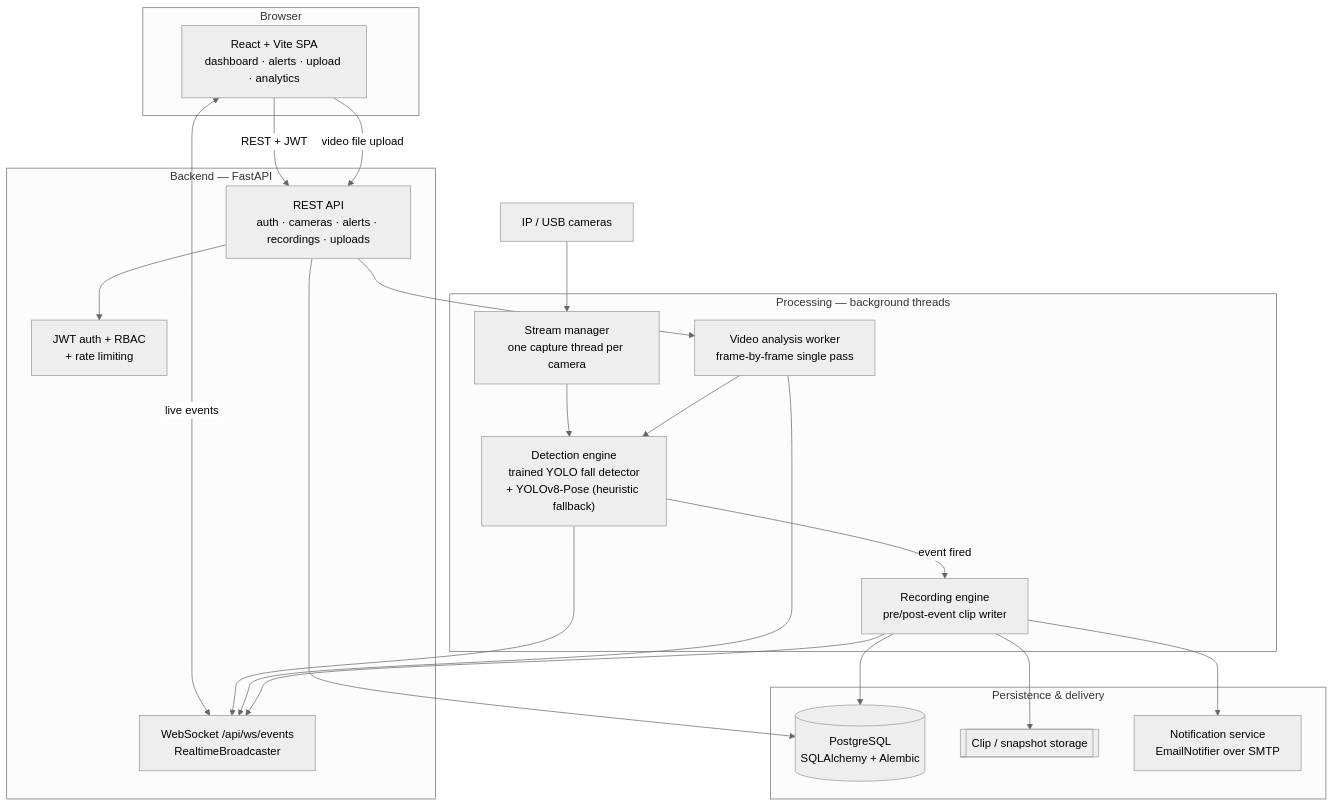
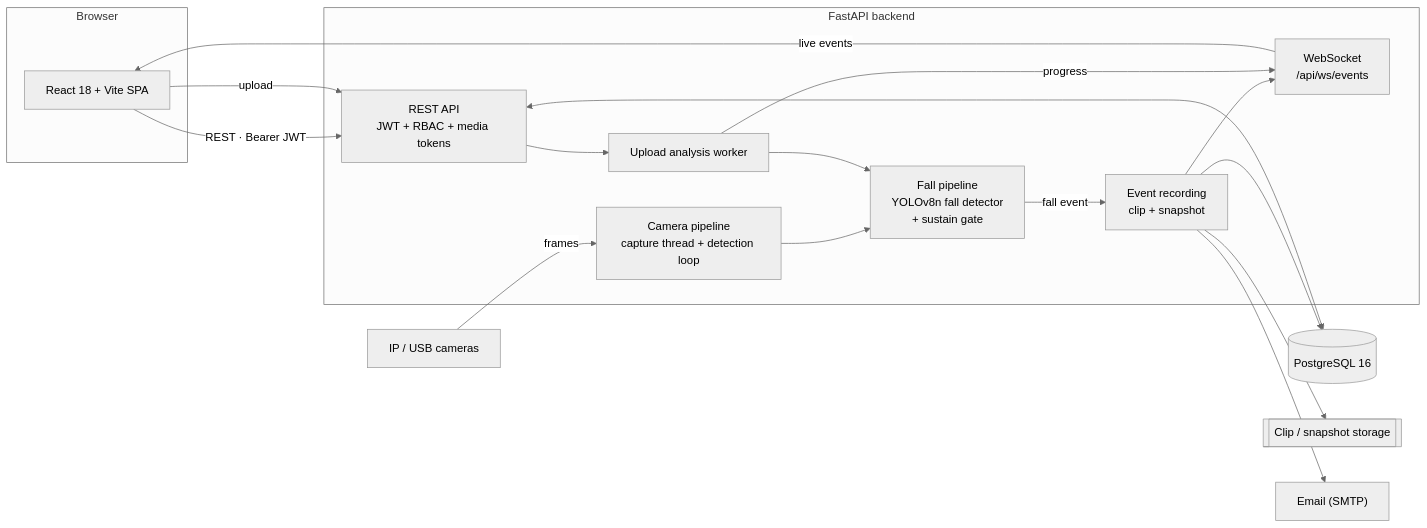
One commit to longlivewama/SentinelCam changed the first of 2 diagrams in README.md. Above: the diagram before and after it, drawn with Mermaid (neutral theme). The commit also changed other lines of this file and 31 other files, not shown here.

````diff
--- a/README.md
+++ b/README.md
@@ -131,42 +147,30 @@
 ```mermaid
-flowchart TB
-    subgraph client["Browser"]
-        UI["React + Vite SPA<br/>dashboard · alerts · upload · analytics"]
+flowchart LR
+    subgraph Browser
+        SPA["React 18 + Vite SPA"]
     end
 
-    subgraph api["Backend — FastAPI"]
-        REST["REST API<br/>auth · cameras · alerts · recordings · uploads"]
-        WS["WebSocket /api/ws/events<br/>RealtimeBroadcaster"]
-        RBAC["JWT auth + RBAC<br/>+ rate limiting"]
+    subgraph Backend["FastAPI backend"]
+        REST["REST API<br/>JWT + RBAC + media tokens"]
+        WS["WebSocket<br/>/api/ws/events"]
+        CAMP["Camera pipeline<br/>capture thread + detection loop"]
+        UPW["Upload analysis worker"]
+        FALL["Fall pipeline<br/>YOLOv8n fall detector<br/>+ sustain gate"]
+        REC["Event recording<br/>clip + snapshot"]
     end
 
-    subgraph workers["Processing — background threads"]
-        STREAM["Stream manager<br/>one capture thread per camera"]
-        UPLOAD["Video analysis worker<br/>frame-by-frame single pass"]
-        DET["Detection engine<br/>trained YOLO fall detector<br/>+ YOLOv8-Pose (heuristic fallback)"]
-        REC["Recording engine<br/>pre/post-event clip writer"]
-    end
-
-    subgraph data["Persistence & delivery"]
-        DB[("PostgreSQL<br/>SQLAlchemy + Alembic")]
-        FS[["Clip / snapshot storage"]]
-        MAIL["Notification service<br/>EmailNotifier over SMTP"]
-    end
-
-    CAM["IP / USB cameras"] --> STREAM
-    UI -->|"REST + JWT"| REST
-    UI <-->|"live events"| WS
-    UI -->|"video file upload"| REST
-    REST --> RBAC
-    REST --> UPLOAD
-    STREAM --> DET
-    UPLOAD --> DET
-    DET -->|"event fired"| REC
-    REC --> FS
-    REC --> DB
-    REC --> MAIL
-    REST --> DB
-    DET --> WS
-    UPLOAD --> WS
+    CAM["IP / USB cameras"] -- frames --> CAMP
+    SPA -- "REST · Bearer JWT" --> REST
+    SPA -- "upload" --> REST
+    REST --> UPW
+    CAMP --> FALL
+    UPW --> FALL
+    FALL -- "fall event" --> REC
+    REC --> DB[("PostgreSQL 16")]
+    REC --> FS[["Clip / snapshot storage"]]
+    REC --> MAIL["Email (SMTP)"]
     REC --> WS
+    UPW -- progress --> WS
+    WS -- "live events" --> SPA
+    REST <--> DB
 ```
````
